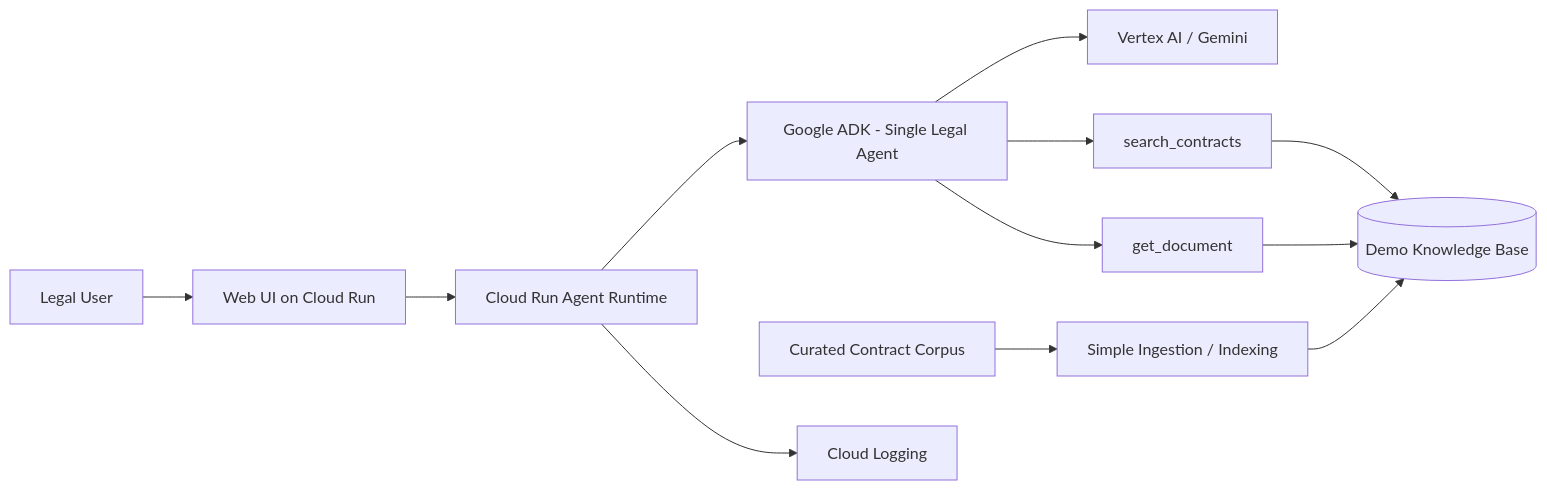
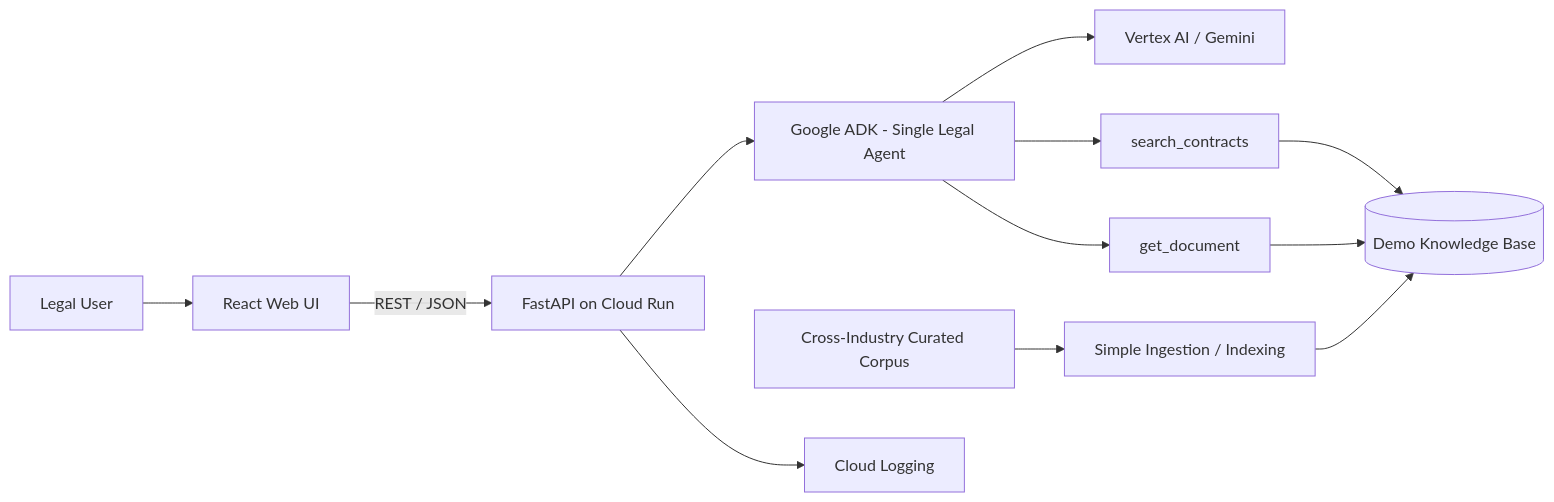
The diagram in examples/legal-contract-agent-fast-demo/GCP-FAST-DEMO.md (JuliusCordova/DevPattern), drawn with Mermaid before and after one commit. The commit also changed other lines of this file and 3 other files, not shown here.

First line of the commit message:
Make Legal FAST DEMO cross-industry with React and FastAPI

````diff
--- a/examples/legal-contract-agent-fast-demo/GCP-FAST-DEMO.md
+++ b/examples/legal-contract-agent-fast-demo/GCP-FAST-DEMO.md
@@ -9,14 +21,14 @@
 ```mermaid
 flowchart LR
-    U[Legal User] --> UI[Web UI on Cloud Run]
-    UI --> API[Cloud Run Agent Runtime]
+    U[Legal User] --> UI[React Web UI]
+    UI -->|REST / JSON| API[FastAPI on Cloud Run]
     API --> ADK[Google ADK - Single Legal Agent]
     ADK --> GEM[Vertex AI / Gemini]
     ADK --> S[search_contracts]
     ADK --> D[get_document]
     S --> KB[(Demo Knowledge Base)]
     D --> KB
-    DOC[Curated Contract Corpus] --> ING[Simple Ingestion / Indexing]
+    DOC[Cross-Industry Curated Corpus] --> ING[Simple Ingestion / Indexing]
     ING --> KB
     API --> LOG[Cloud Logging]
 ```
````
